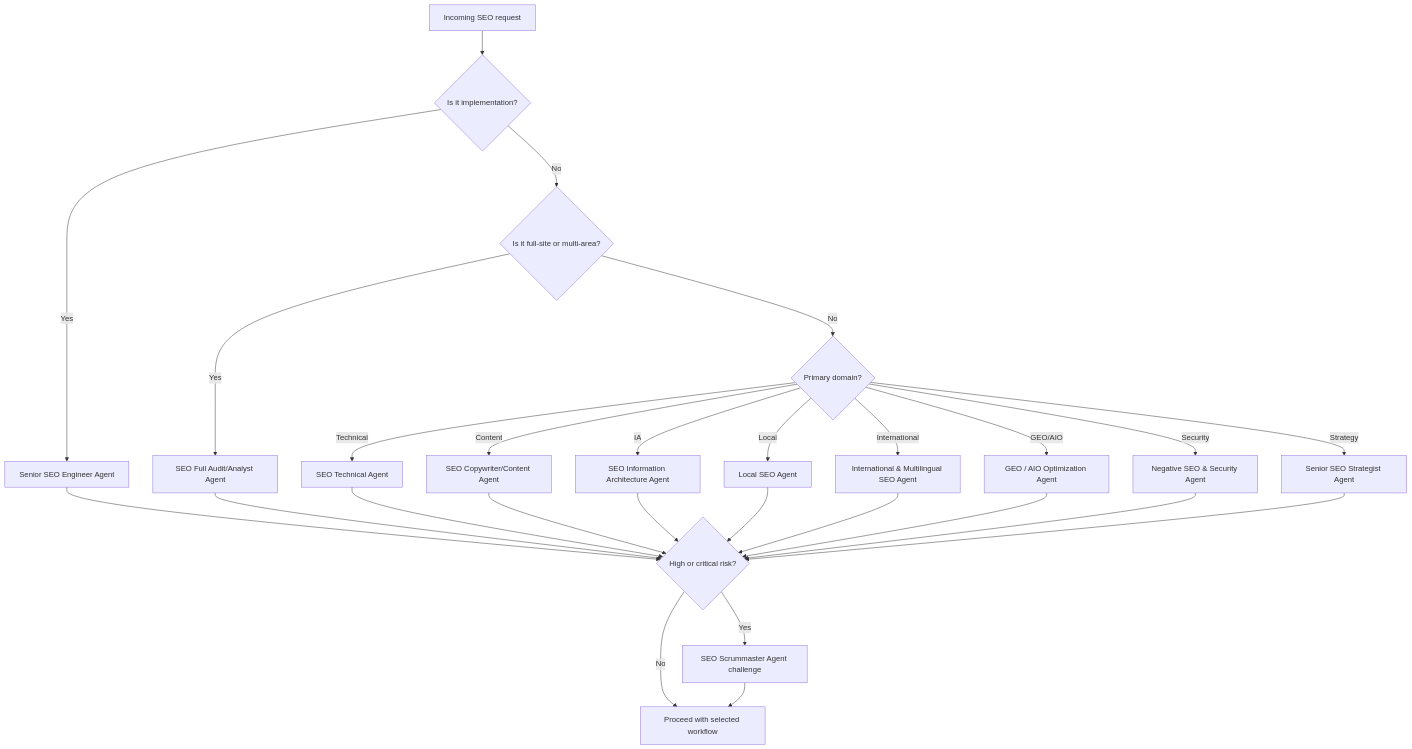
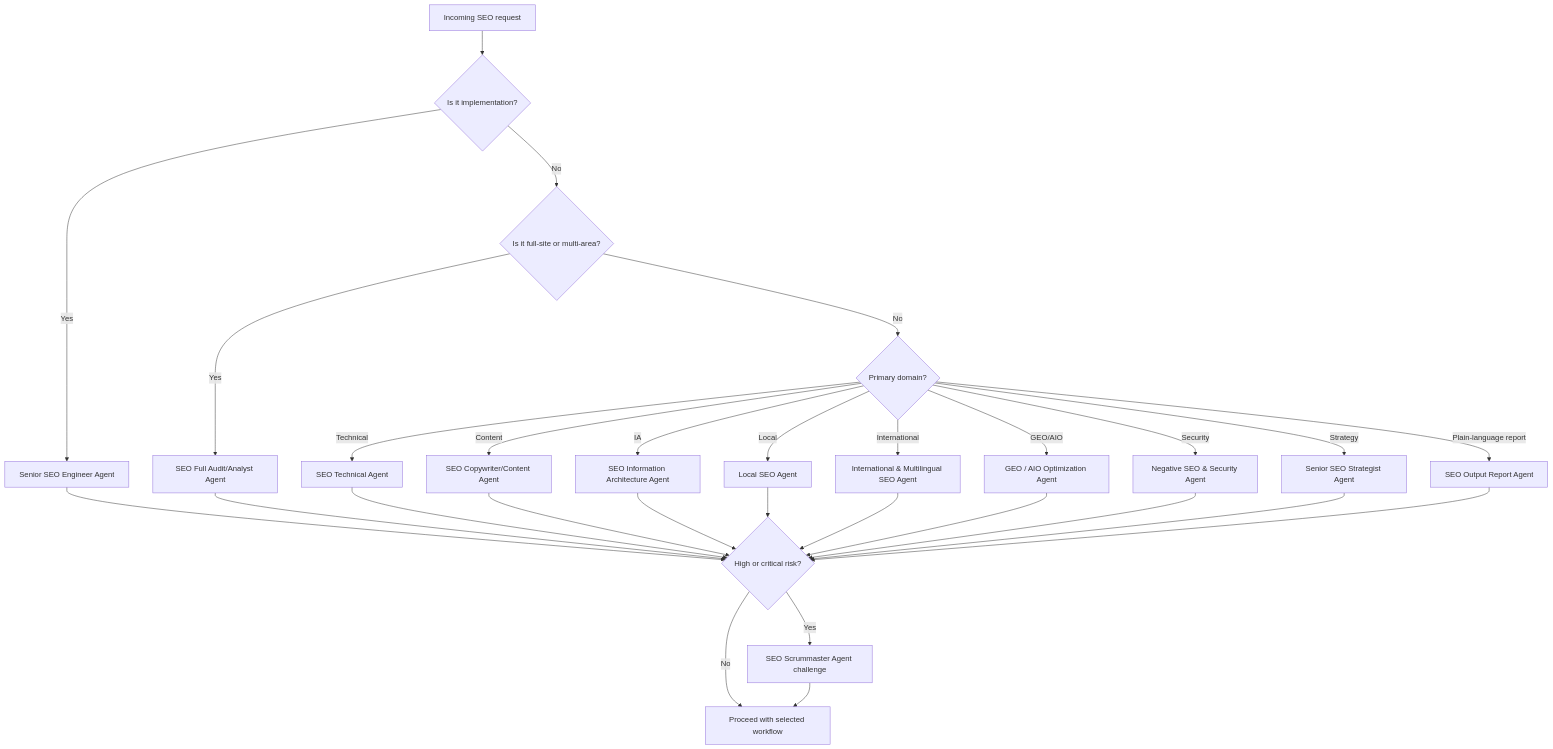
One commit to wfprieto/World-Class-SEO-Agent-System changed the diagram in workflows/request-routing.md. Above: the diagram before and after it, drawn with Mermaid. The commit also changed other lines of this file and 13 other files, not shown here.

Commit message:
Add plain-language SEO output report agent

````diff
--- a/workflows/request-routing.md
+++ b/workflows/request-routing.md
@@ -79,29 +85,31 @@
 ```mermaid
 flowchart TD
   A["Incoming SEO request"] --> B{"Is it implementation?"}
   B -->|Yes| C["Senior SEO Engineer Agent"]
   B -->|No| D{"Is it full-site or multi-area?"}
   D -->|Yes| E["SEO Full Audit/Analyst Agent"]
   D -->|No| F{"Primary domain?"}
   F -->|Technical| G["SEO Technical Agent"]
   F -->|Content| H["SEO Copywriter/Content Agent"]
   F -->|IA| I["SEO Information Architecture Agent"]
   F -->|Local| J["Local SEO Agent"]
   F -->|International| K["International & Multilingual SEO Agent"]
   F -->|GEO/AIO| L["GEO / AIO Optimization Agent"]
   F -->|Security| M["Negative SEO & Security Agent"]
   F -->|Strategy| N["Senior SEO Strategist Agent"]
+  F -->|Plain-language report| R["SEO Output Report Agent"]
   C --> O{"High or critical risk?"}
   E --> O
   G --> O
   H --> O
   I --> O
   J --> O
   K --> O
   L --> O
   M --> O
   N --> O
+  R --> O
   O -->|Yes| P["SEO Scrummaster Agent challenge"]
   O -->|No| Q["Proceed with selected workflow"]
   P --> Q
 ```
````
